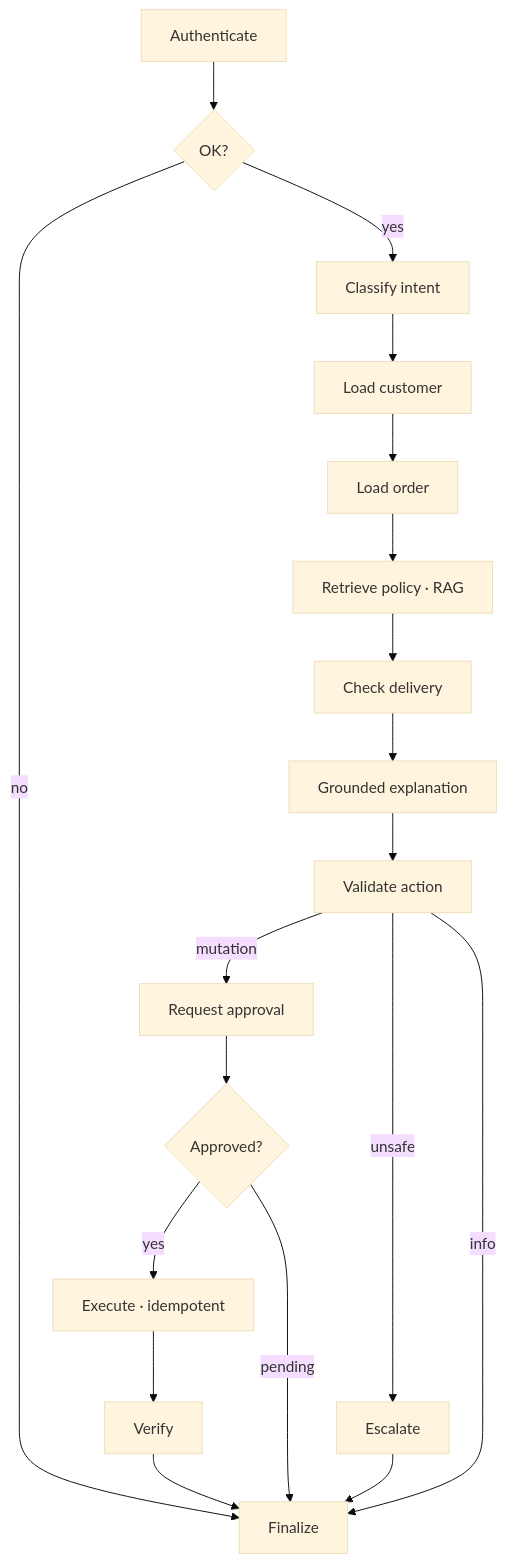
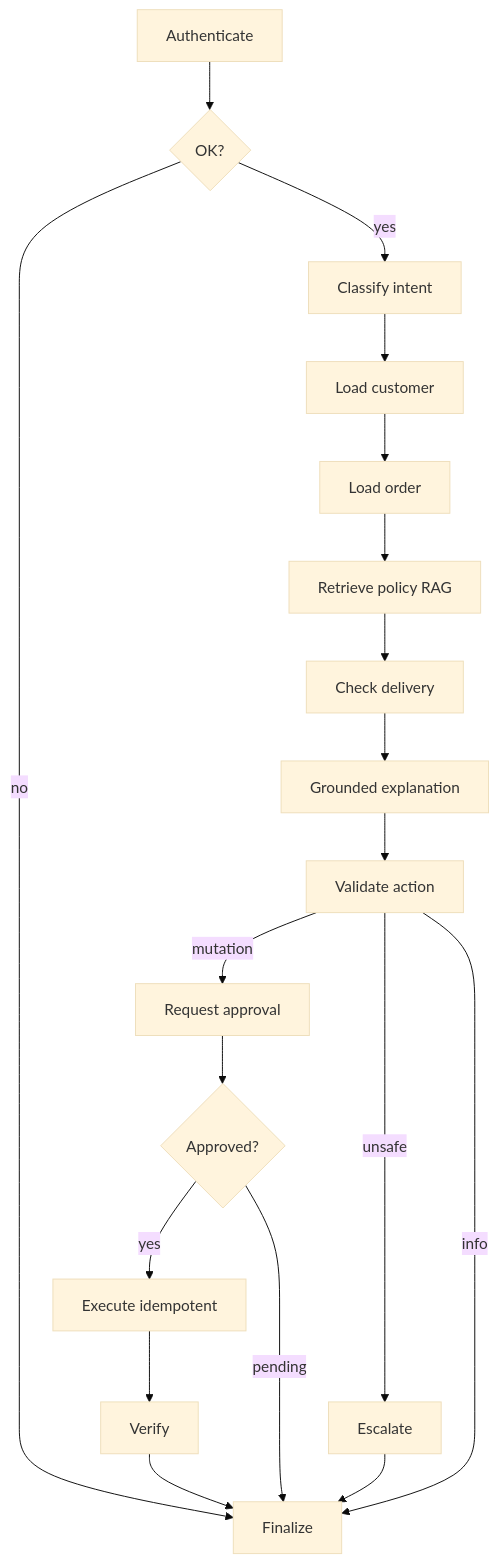
Before and after one commit to nikhilmaguwala/enterprise-ai-agent: the second of 9 diagrams in README.md, drawn with Mermaid (base theme). The commit also changed other lines of this file, not shown here.

First line of the commit message:
Fix README Mermaid syntax errors on GitHub rendering.

````diff
--- a/README.md
+++ b/README.md
@@ -173,21 +173,21 @@
 ```mermaid
 flowchart TD
   A[Authenticate] --> B{OK?}
   B -->|no| Z[Finalize]
   B -->|yes| C[Classify intent]
   C --> D[Load customer]
   D --> E[Load order]
-  E --> F[Retrieve policy · RAG]
+  E --> F[Retrieve policy RAG]
   F --> G[Check delivery]
   G --> H[Grounded explanation]
   H --> I[Validate action]
   I -->|mutation| J[Request approval]
   I -->|unsafe| K[Escalate]
   I -->|info| Z
   J --> L{Approved?}
-  L -->|yes| M[Execute · idempotent]
+  L -->|yes| M[Execute idempotent]
   M --> N[Verify]
   N --> Z
   K --> Z
   L -->|pending| Z
 ```
````
